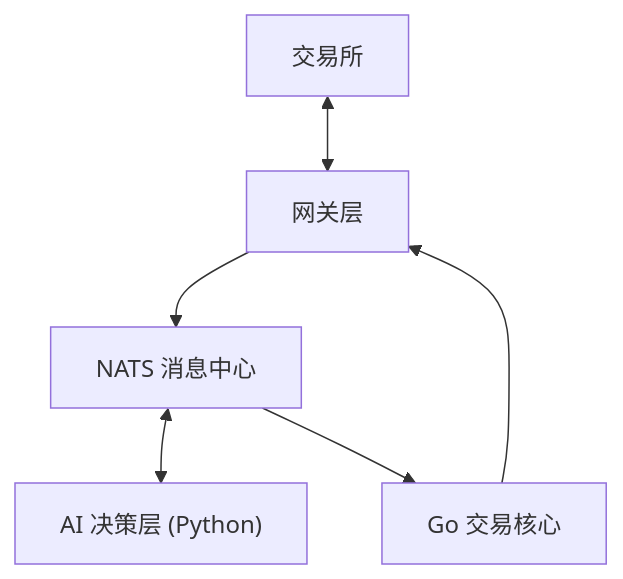
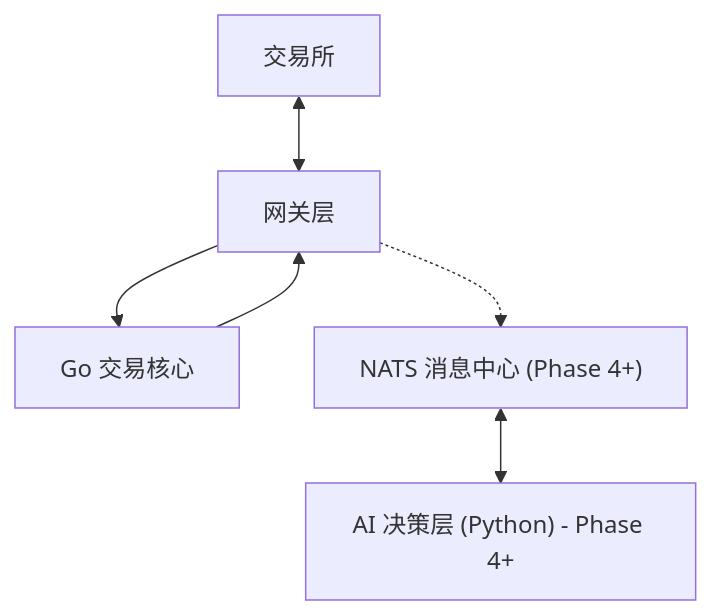
Before and after one commit to iluyuns/alpha-trade: the diagram in docs/DEVELOPMENT_MANUAL.md, drawn with Mermaid. The commit also changed other lines of this file and 4323 other files, not shown here.

````diff
--- a/docs/DEVELOPMENT_MANUAL.md
+++ b/docs/DEVELOPMENT_MANUAL.md
@@ -34,9 +36,9 @@
 ```mermaid
 graph TD
     %% 此处保留高层级概览，详细链路参考上述 .mmd 文件
     Exchange["交易所"] <--> GW["网关层"]
-    GW --> MQ["NATS 消息中心"]
-    MQ <--> AI["AI 决策层 (Python)"]
-    MQ --> Logic["Go 交易核心"]
+    GW --> Logic["Go 交易核心"]
+    GW -.-> MQ["NATS 消息中心 (Phase 4+)"]
+    MQ <--> AI["AI 决策层 (Python) - Phase 4+"]
     Logic --> GW
 ```
````
